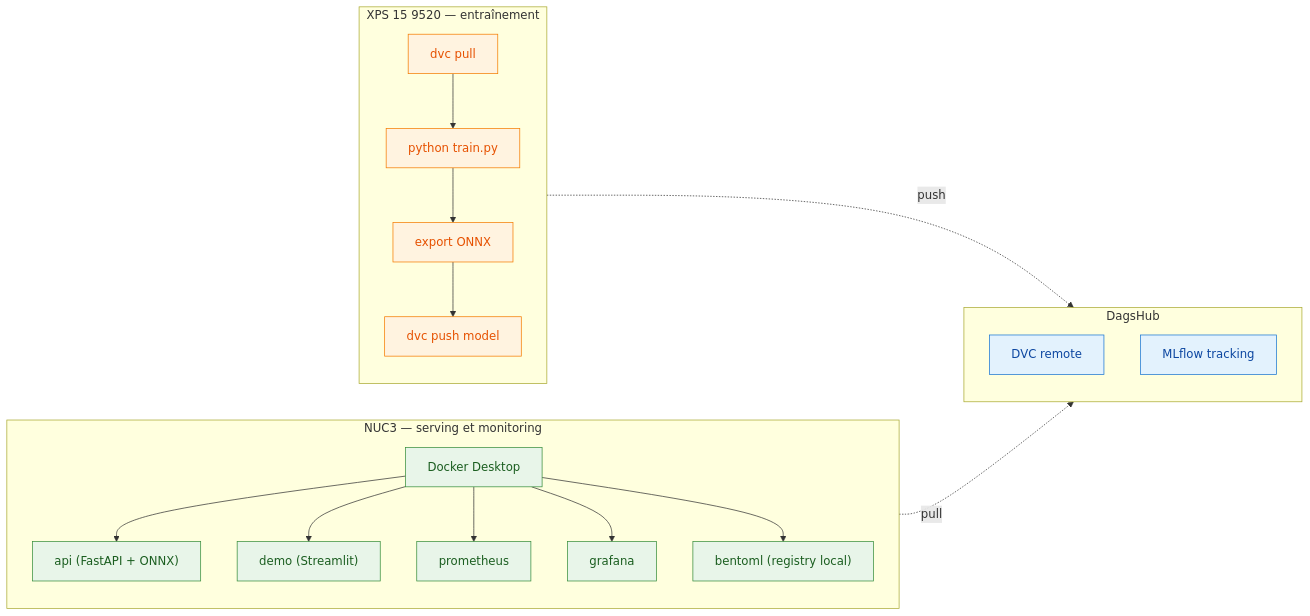
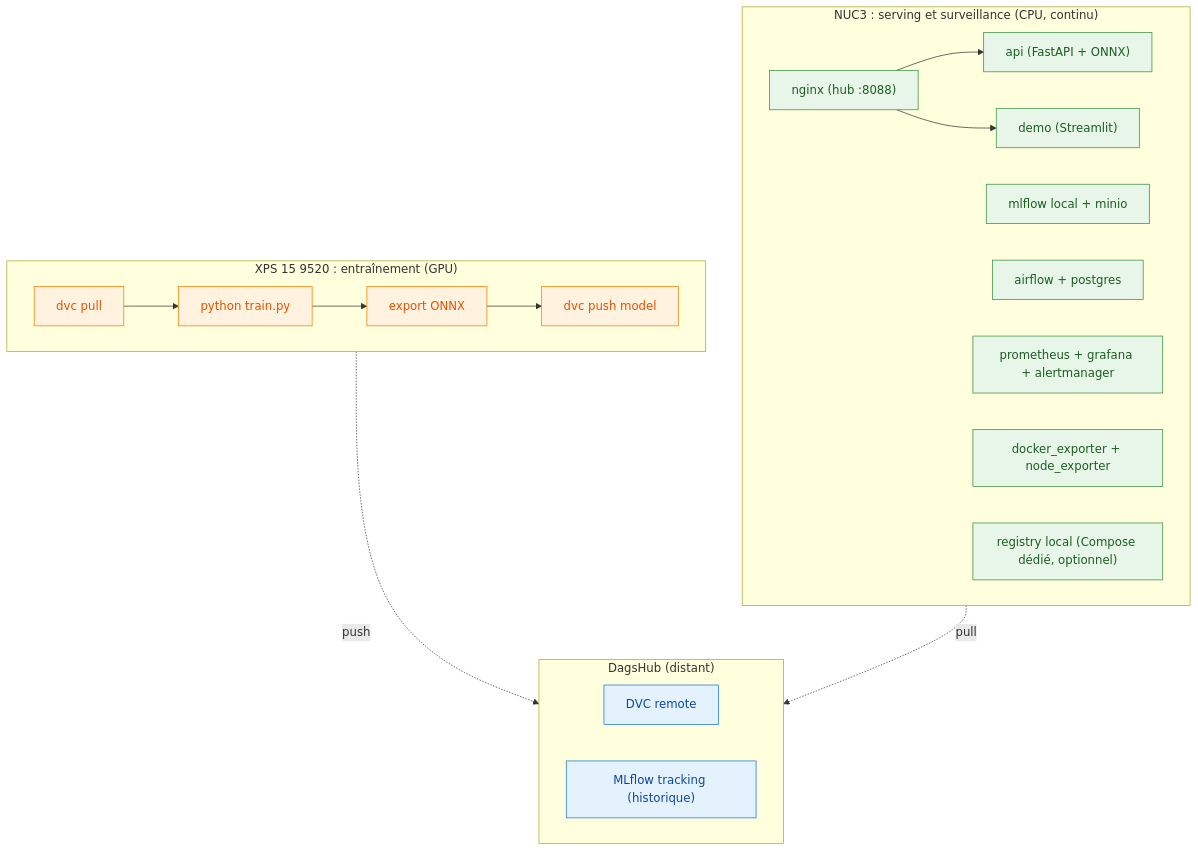
Before and after one commit to DominiqueGEORGES/Champy_Classifier: the second of 2 diagrams in ARCHITECTURE.md, drawn with Mermaid. The commit also changed other lines of this file and 3 other files, not shown here.

Commit message:
docs: alignement ARCHITECTURE v2.1, PLAYBOOK, ci-cd et LOGBOOK sur la stack a 13 conteneurs

````diff
--- a/ARCHITECTURE.md
+++ b/ARCHITECTURE.md
@@ -61,40 +61,35 @@
 ```mermaid
-flowchart LR
-    subgraph XPS["XPS 15 9520 — entraînement"]
-        T1["dvc pull"]
-        T2["python train.py"]
-        T3["export ONNX"]
-        T4["dvc push model"]
-        T1 --> T2 --> T3 --> T4
+flowchart TD
+    subgraph XPS["XPS 15 9520 : entraînement (GPU)"]
+        T1["dvc pull"] --> T2["python train.py"] --> T3["export ONNX"] --> T4["dvc push model"]
     end
 
-    subgraph NUC3["NUC3 — serving et monitoring"]
-        D1["Docker Desktop"]
-        D2["api (FastAPI + ONNX)"]
-        D3["demo (Streamlit)"]
-        D4["prometheus"]
-        D5["grafana"]
-        D6["bentoml (registry local)"]
-        D1 --> D2
-        D1 --> D3
-        D1 --> D4
-        D1 --> D5
-        D1 --> D6
+    subgraph CLOUD["DagsHub (distant)"]
+        C1["DVC remote"]
+        C2["MLflow tracking (historique)"]
     end
 
-    subgraph CLOUD["DagsHub"]
-        C1["DVC remote"]
-        C2["MLflow tracking"]
+    subgraph NUC3["NUC3 : serving et surveillance (CPU, continu)"]
+        N0["nginx (hub :8088)"]
+        N1["api (FastAPI + ONNX)"]
+        N2["demo (Streamlit)"]
+        N3["mlflow local + minio"]
+        N4["airflow + postgres"]
+        N5["prometheus + grafana + alertmanager"]
+        N6["docker_exporter + node_exporter"]
+        N7["registry local (Compose dédié, optionnel)"]
+        N0 --> N1
+        N0 --> N2
     end
 
     XPS -. push .-> CLOUD
     NUC3 -. pull .-> CLOUD
 
     classDef train fill:#fff3e0,stroke:#f57c00,color:#e65100
     classDef serve fill:#e8f5e9,stroke:#388e3c,color:#1b5e20
     classDef cloud fill:#e3f2fd,stroke:#1976d2,color:#0d47a1
 
     class T1,T2,T3,T4 train
-    class D1,D2,D3,D4,D5,D6 serve
+    class N0,N1,N2,N3,N4,N5,N6,N7 serve
     class C1,C2 cloud
 ```
````
